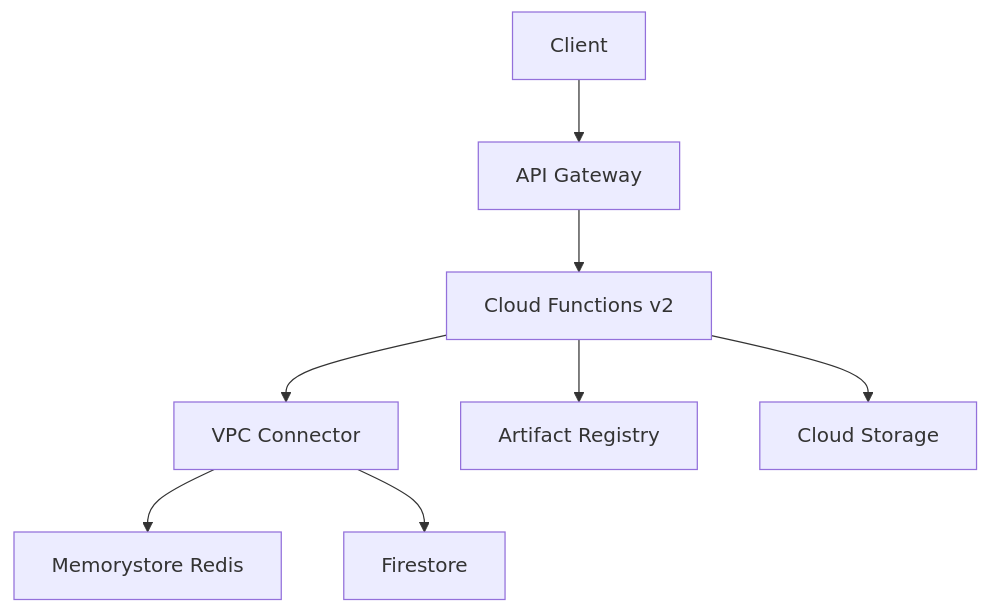
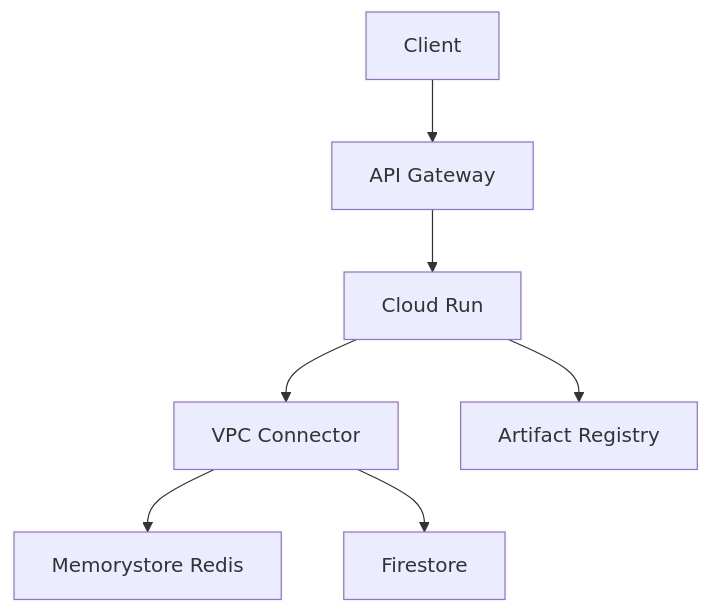
The diagram in ak-deployment/ak-gcp/serverless/README.md (yaalalabs/agent-kernel), drawn with Mermaid before and after one commit. The commit also changed other lines of this file and 58 other files, not shown here.

Commit message:
fix: address PR review comments and add Firestore session store and CloudRun wrapper

````diff
--- a/ak-deployment/ak-gcp/serverless/README.md
+++ b/ak-deployment/ak-gcp/serverless/README.md
@@ -125,10 +117,9 @@
 ```mermaid
 graph TD
     Client[Client] --> GW[API Gateway]
-    GW --> CF[Cloud Functions v2]
-    CF --> VC[VPC Connector]
+    GW --> CR[Cloud Run]
+    CR --> VC[VPC Connector]
     VC --> Redis[Memorystore Redis]
     VC --> FS[Firestore]
-    CF --> AR[Artifact Registry]
-    CF --> GCS[Cloud Storage]
+    CR --> AR[Artifact Registry]
 ```
````
